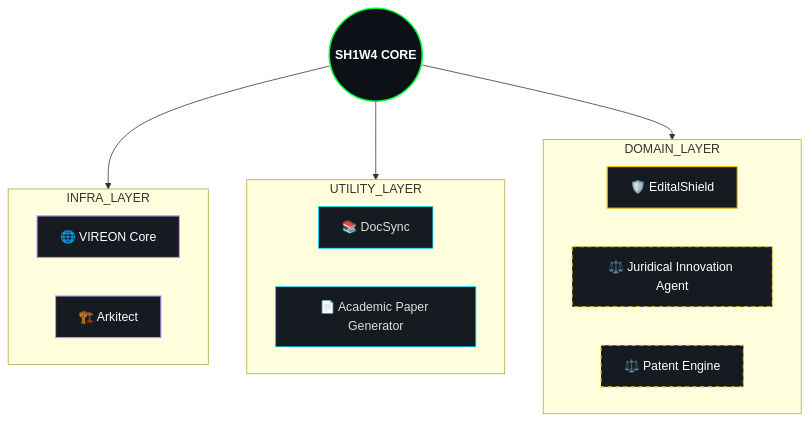
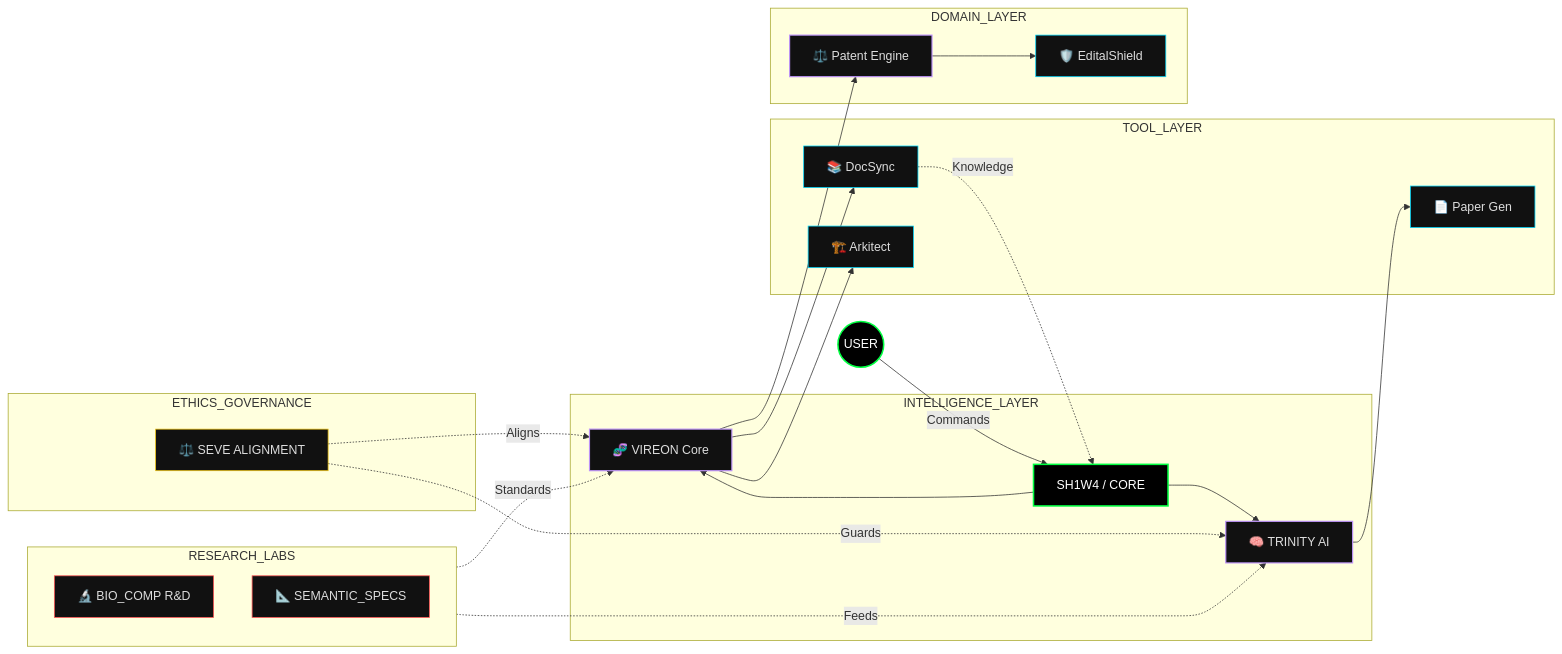
One commit to SH1W4/sh1w4 changed the first of 2 diagrams in README.md. Above: the diagram before and after it, drawn with Mermaid. The commit also changed 2 other files, not shown here.

Commit message:
style: restore ecosystem topology and fix biostats layout overlap

````diff
--- a/README.md
+++ b/README.md
@@ -67,40 +67,45 @@
 ```mermaid
-graph TD
-    %% Styles
-    classDef core fill:#0d1117,stroke:#00ff41,stroke-width:2px,color:#fff,font-weight:bold;
-    classDef infra fill:#161b22,stroke:#bd93f9,stroke-width:1.5px,color:#fff;
-    classDef tool fill:#161b22,stroke:#00d9ff,stroke-width:1px,color:#ddd;
-    classDef legal fill:#161b22,stroke:#f1c40f,stroke-width:1.5px,color:#fff;
-    classDef stable stroke-dasharray: 0;
-    classDef alpha stroke-dasharray: 5 5;
-    classDef active stroke:#00ff41;
+graph LR
+    %% Themes & Styles
+    classDef core fill:#000,stroke:#00ff41,stroke-width:2px,color:#fff;
+    classDef agent fill:#111,stroke:#bd93f9,stroke-width:1.5px,color:#ddd;
+    classDef tool fill:#111,stroke:#00d9ff,stroke-width:1px,color:#ddd;
+    classDef ethics fill:#111,stroke:#f1c40f,stroke-width:1px,color:#ddd;
+    classDef research fill:#111,stroke:#ff5555,stroke-width:1px,color:#ddd;
 
-    HUB((SH1W4 CORE)):::core
+    User((USER)):::core -->|Commands| Core[SH1W4 / CORE]:::core
 
-    subgraph INFRA_LAYER
-        VIREON_CORE["🌐 VIREON Core"]:::infra
-        class VIREON_CORE stable
-        ARKITECT["🏗️ Arkitect"]:::infra
-        class ARKITECT stable
+    subgraph INTELLIGENCE_LAYER
+        Core --> VIREON["🧬 VIREON Core"]:::agent
+        Core --> TRINITY["🧠 TRINITY AI"]:::agent
     end
-    HUB --> INFRA_LAYER
 
-    subgraph UTILITY_LAYER
-        DOCSYNC["📚 DocSync"]:::tool
-        class DOCSYNC stable
-        ACADEMIC_PAPER_GENERATOR["📄 Academic Paper Generator"]:::tool
-        class ACADEMIC_PAPER_GENERATOR stable
+    subgraph TOOL_LAYER
+        VIREON --> DOCSYNC["📚 DocSync"]:::tool
+        VIREON --> ARKITECT["🏗️ Arkitect"]:::tool
+        TRINITY --> PAPER["📄 Paper Gen"]:::tool
     end
-    HUB --> UTILITY_LAYER
 
     subgraph DOMAIN_LAYER
-        EDITALSHIELD["🛡️ EditalShield"]:::legal
-        class EDITALSHIELD stable
-        JURIDICAL_INNOVATION_AGENT["⚖️ Juridical Innovation Agent"]:::legal
-        class JURIDICAL_INNOVATION_AGENT alpha
-        PATENT_ENGINE["⚖️ Patent Engine"]:::legal
-        class PATENT_ENGINE alpha
+        VIREON --> LEGAL["⚖️ Patent Engine"]:::agent
+        LEGAL --> SHIELD["🛡️ EditalShield"]:::tool
     end
-    HUB --> DOMAIN_LAYER
+
+    subgraph ETHICS_GOVERNANCE
+        SEVE["⚖️ SEVE ALIGNMENT"]:::ethics
+    end
+
+    subgraph RESEARCH_LABS
+        direction TB
+        BIO["🔬 BIO_COMP R&D"]:::research
+        PROTO["📐 SEMANTIC_SPECS"]:::research
+    end
+
+    %% Strategic Relationship Links
+    SEVE -.->|Guards| TRINITY
+    SEVE -.->|Aligns| VIREON
+    BIO -.->|Feeds| TRINITY
+    PROTO -.->|Standards| VIREON
+    DOCSYNC -.->|Knowledge| Core
 
 ```
````
